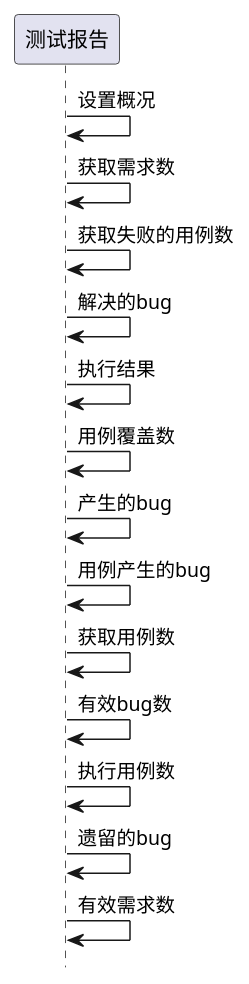
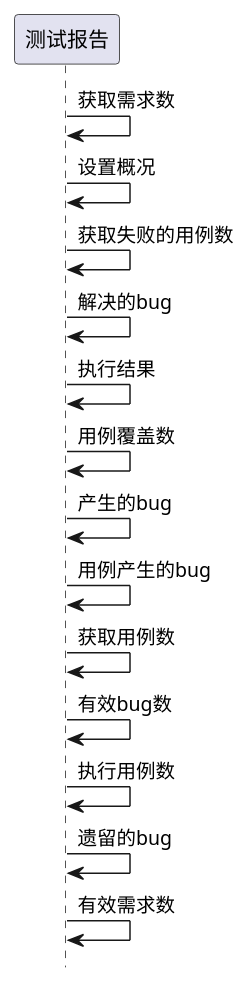
One commit to goblinln/iBizPMS changed the third of 9 diagrams in ibizpms-docs/src/main/doc/v1/module/zentao/TestReport_old.md. Above: the diagram before and after it, drawn with PlantUML. The commit also changed other lines of this file and 230 other files, not shown here.

```diff
--- a/ibizpms-docs/src/main/doc/v1/module/zentao/TestReport_old.md
+++ b/ibizpms-docs/src/main/doc/v1/module/zentao/TestReport_old.md
@@ -146,17 +146,17 @@
 {% plantuml %}
 hide footbox
 
+测试报告 -> 测试报告: 获取需求数
 测试报告 -> 测试报告: 设置概况
-测试报告 -> 测试报告: 获取需求数
 测试报告 -> 测试报告: 获取失败的用例数
 测试报告 -> 测试报告: 解决的bug
 测试报告 -> 测试报告: 执行结果
 测试报告 -> 测试报告: 用例覆盖数
 测试报告 -> 测试报告: 产生的bug
 测试报告 -> 测试报告: 用例产生的bug
 测试报告 -> 测试报告: 获取用例数
 测试报告 -> 测试报告: 有效bug数
 测试报告 -> 测试报告: 执行用例数
 测试报告 -> 测试报告: 遗留的bug
 测试报告 -> 测试报告: 有效需求数
 {% endplantuml %}
```
